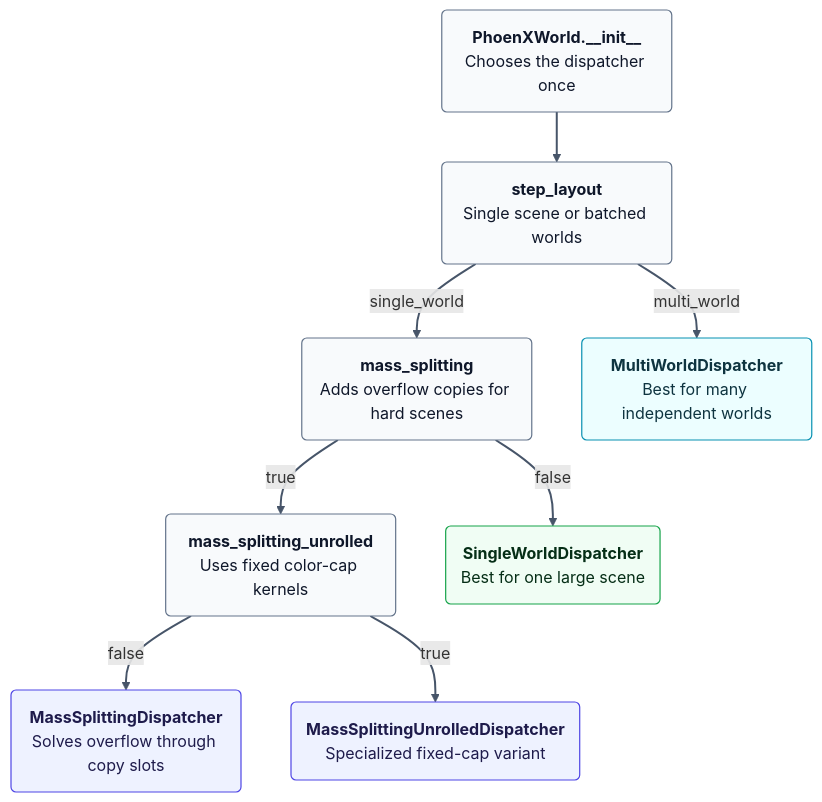
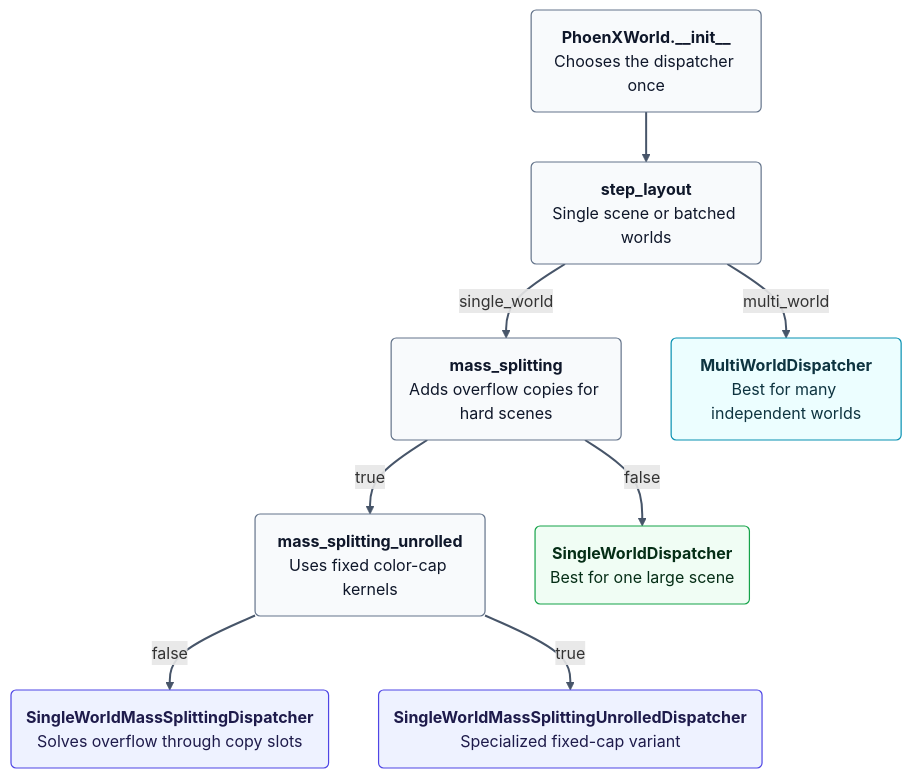
One commit to nvtw/newton changed the sixth of 6 diagrams in newton/_src/solvers/phoenx/README.md. Above: the diagram before and after it, drawn with Mermaid. The commit also changed other lines of this file, not shown here.

````diff
--- a/newton/_src/solvers/phoenx/README.md
+++ b/newton/_src/solvers/phoenx/README.md
@@ -226,29 +229,29 @@
 ```mermaid
 flowchart TD
     classDef decision fill:#f8fafc,stroke:#64748b,stroke-width:1.2px,color:#0f172a
     classDef path fill:#f0fdf4,stroke:#16a34a,stroke-width:1.2px,color:#052e16
     classDef ms fill:#eef2ff,stroke:#4f46e5,stroke-width:1.2px,color:#1e1b4b
     classDef multi fill:#ecfeff,stroke:#0891b2,stroke-width:1.2px,color:#0e3440
     ctor("<b>PhoenXWorld.__init__</b><br/>Chooses the dispatcher once"):::decision
     layout("<b>step_layout</b><br/>Single scene or batched worlds"):::decision
     msq("<b>mass_splitting</b><br/>Adds overflow copies for hard scenes"):::decision
     unroll("<b>mass_splitting_unrolled</b><br/>Uses fixed color-cap kernels"):::decision
     single("<b>SingleWorldDispatcher</b><br/>Best for one large scene"):::path
-    msd("<b>MassSplittingDispatcher</b><br/>Solves overflow through copy slots"):::ms
-    msu("<b>MassSplittingUnrolledDispatcher</b><br/>Specialized fixed-cap variant"):::ms
+    msd("<b>SingleWorldMassSplittingDispatcher</b><br/>Solves overflow through copy slots"):::ms
+    msu("<b>SingleWorldMassSplittingUnrolledDispatcher</b><br/>Specialized fixed-cap variant"):::ms
     multi("<b>MultiWorldDispatcher</b><br/>Best for many independent worlds"):::multi
     ctor --> layout
     layout -->|multi_world| multi
     layout -->|single_world| msq
     msq -->|false| single
     msq -->|true| unroll
     unroll -->|false| msd
     unroll -->|true| msu
     linkStyle 0 stroke:#475569,stroke-width:2px
     linkStyle 1 stroke:#475569,stroke-width:2px
     linkStyle 2 stroke:#475569,stroke-width:2px
     linkStyle 3 stroke:#475569,stroke-width:2px
     linkStyle 4 stroke:#475569,stroke-width:2px
     linkStyle 5 stroke:#475569,stroke-width:2px
     linkStyle 6 stroke:#475569,stroke-width:2px
 ```
````
